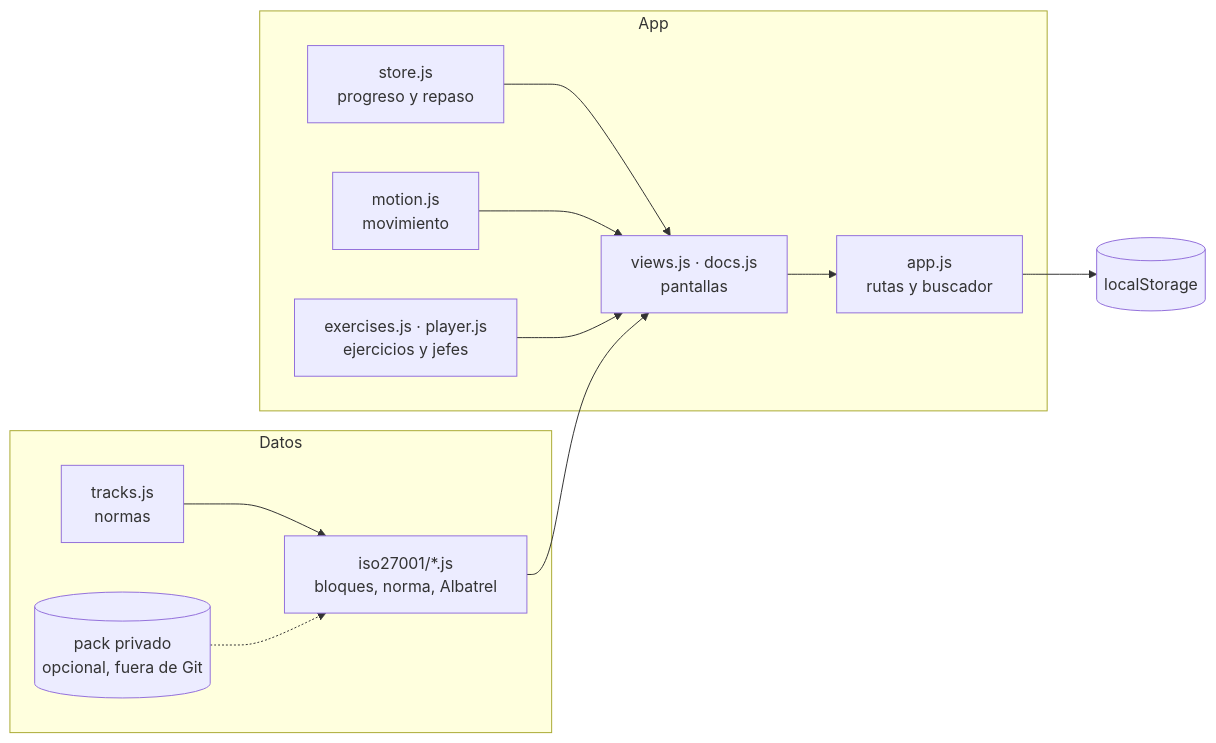
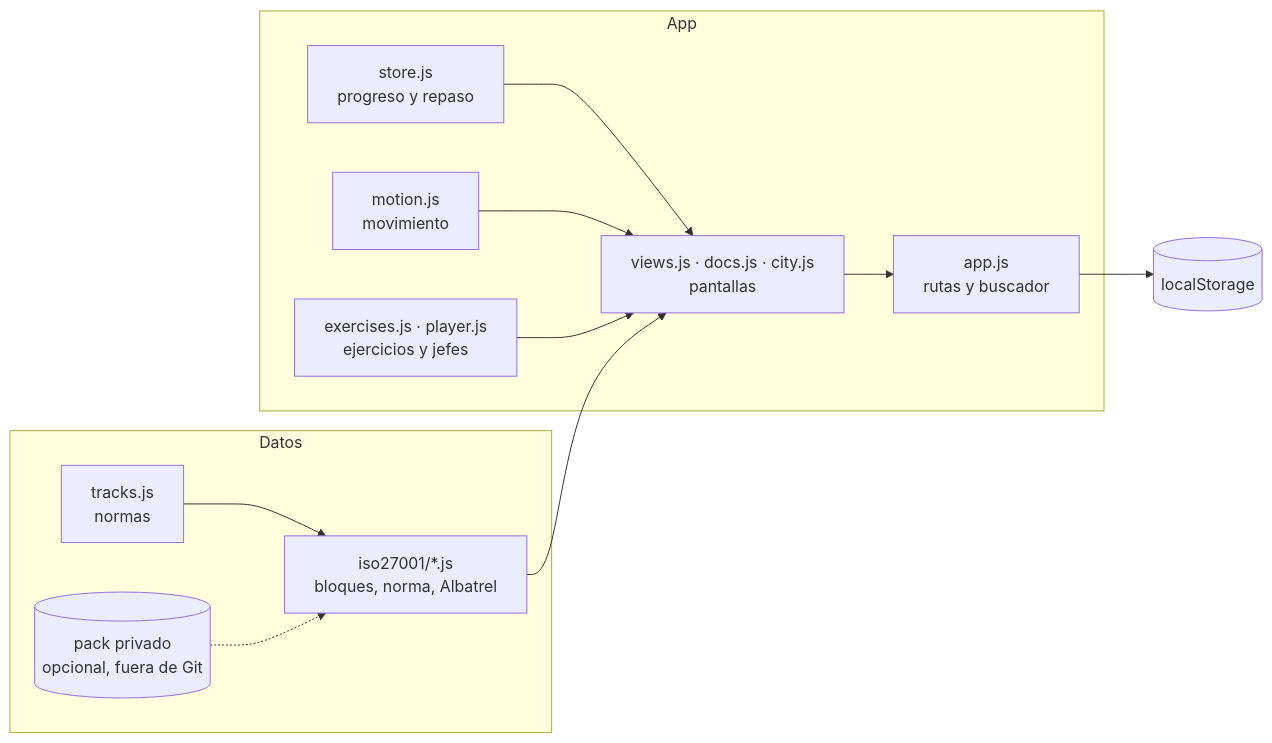
Before and after one commit to heindall92/atlas-grc: the second of 2 diagrams in README.md, drawn with Mermaid. The commit also changed other lines of this file and 23 other files, not shown here.

````diff
--- a/README.md
+++ b/README.md
@@ -245,15 +268,15 @@
 ```mermaid
 flowchart LR
   subgraph Datos
     T[tracks.js<br/>normas] --> C[iso27001/*.js<br/>bloques, norma, Albatrel]
     P[(pack privado<br/>opcional, fuera de Git)] -.-> C
   end
   subgraph App
-    S[store.js<br/>progreso y repaso] --> V[views.js · docs.js<br/>pantallas]
+    S[store.js<br/>progreso y repaso] --> V[views.js · docs.js · city.js<br/>pantallas]
     M[motion.js<br/>movimiento] --> V
     E[exercises.js · player.js<br/>ejercicios y jefes] --> V
     V --> A[app.js<br/>rutas y buscador]
   end
   C --> V
   A --> L[(localStorage)]
 ```
````
